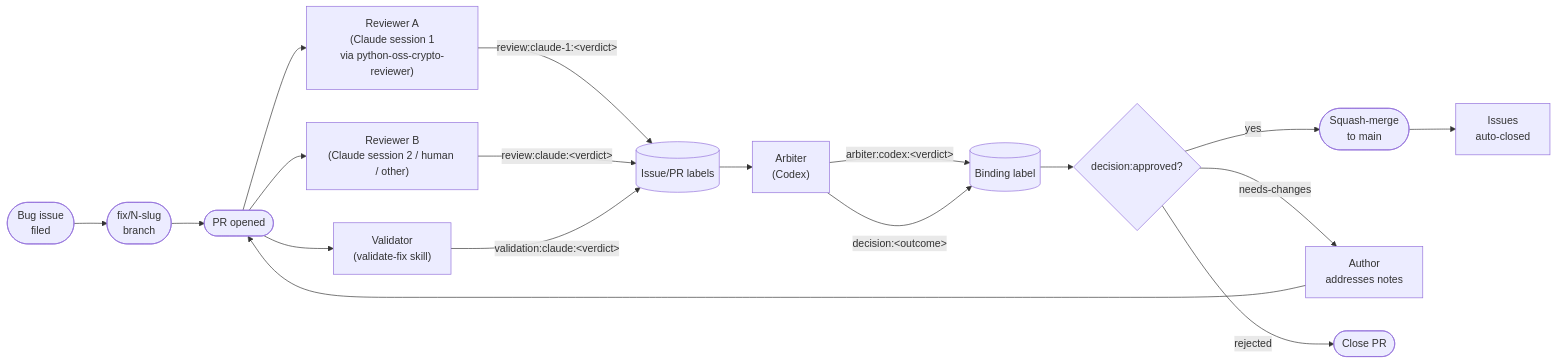
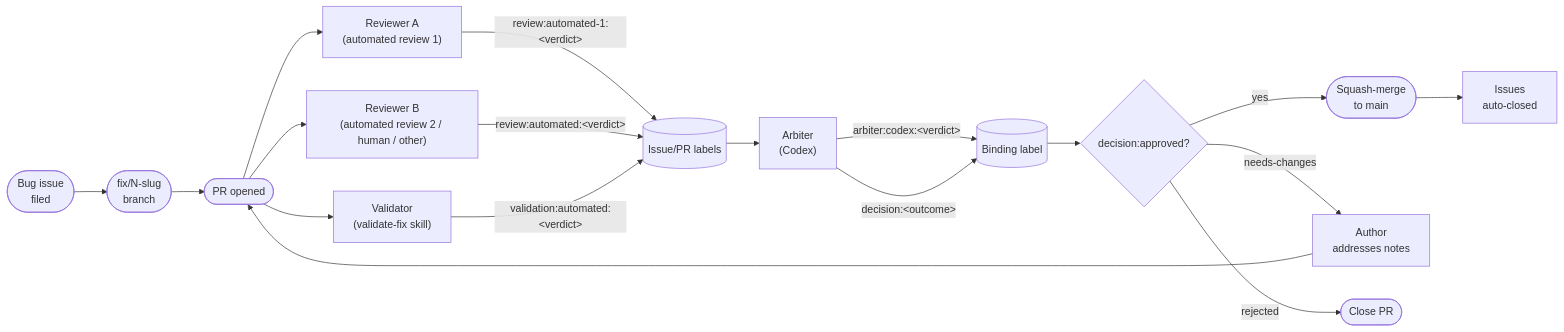
One commit to BreachSAFE/qureddy changed the diagram in docs/contributors/review-process.md. Above: the diagram before and after it, drawn with Mermaid. The commit also changed other lines of this file and 19 other files, not shown here.

````diff
--- a/docs/contributors/review-process.md
+++ b/docs/contributors/review-process.md
@@ -11,25 +11,25 @@
 ```mermaid
 flowchart LR
     issue([Bug issue<br/>filed]) --> branch([fix/N-slug<br/>branch])
     branch --> pr([PR opened])
 
-    pr --> review_a["Reviewer A<br/>(Claude session 1<br/>via python-oss-crypto-reviewer)"]
-    pr --> review_b["Reviewer B<br/>(Claude session 2 / human / other)"]
+    pr --> review_a["Reviewer A<br/>(automated review 1)"]
+    pr --> review_b["Reviewer B<br/>(automated review 2 / human / other)"]
     pr --> validate["Validator<br/>(validate-fix skill)"]
 
-    review_a -->|review:claude-1:&lt;verdict&gt;| labels1[(Issue/PR labels)]
-    review_b -->|review:claude:&lt;verdict&gt;| labels1
-    validate -->|validation:claude:&lt;verdict&gt;| labels1
+    review_a -->|review:automated-1:&lt;verdict&gt;| labels1[(Issue/PR labels)]
+    review_b -->|review:automated:&lt;verdict&gt;| labels1
+    validate -->|validation:automated:&lt;verdict&gt;| labels1
 
     labels1 --> arbiter["Arbiter<br/>(Codex)"]
     arbiter -->|arbiter:codex:&lt;verdict&gt;| labels2[(Binding label)]
     arbiter -->|decision:&lt;outcome&gt;| labels2
 
     labels2 --> gate{decision:approved?}
     gate -->|yes| merge([Squash-merge<br/>to main])
     gate -->|needs-changes| author[Author<br/>addresses notes]
     gate -->|rejected| close([Close PR])
 
     author --> pr
     merge --> close_issue[Issues<br/>auto-closed]
 ```
````
